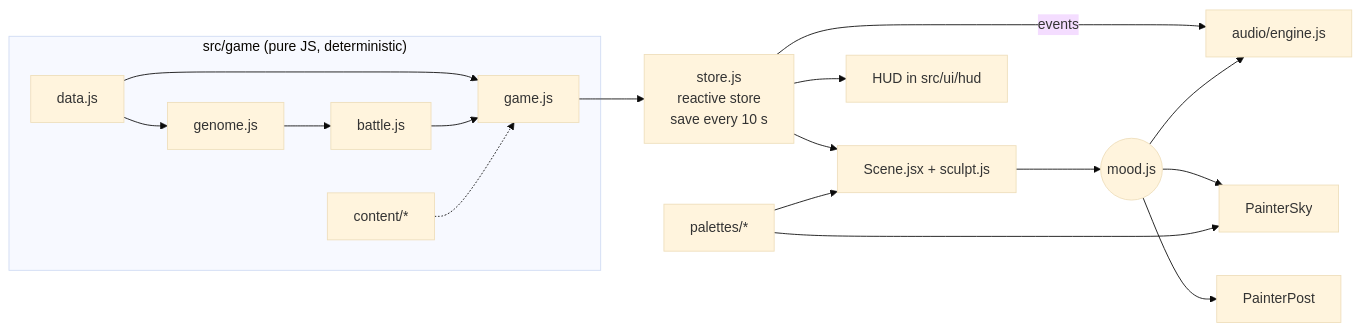
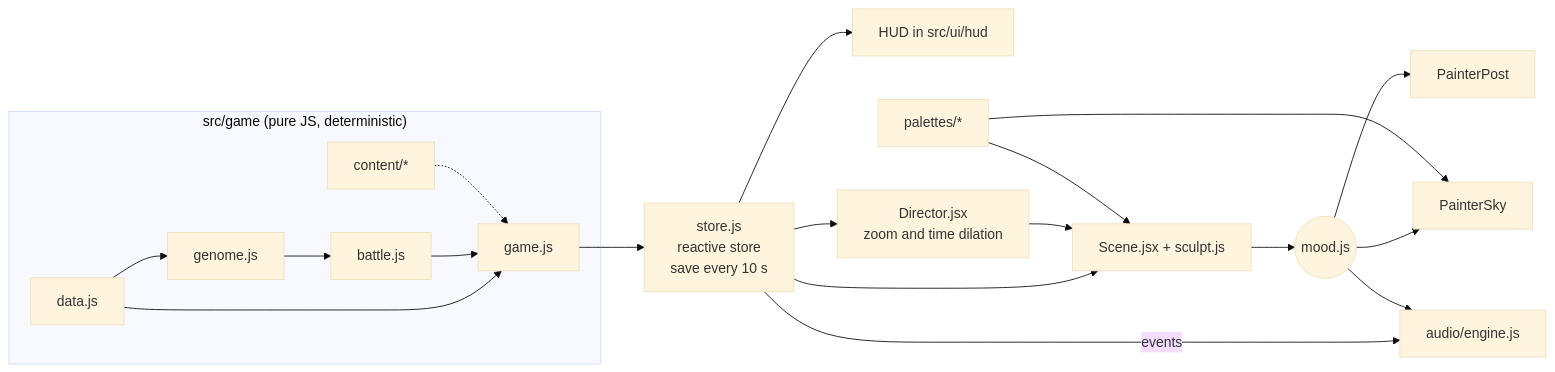
Before and after one commit to danmarc247/non-mind: the diagram in README.md, drawn with Mermaid (base theme). The commit also changed other lines of this file and 19 other files, not shown here.

````diff
--- a/README.md
+++ b/README.md
@@ -340,20 +395,22 @@
 ```mermaid
 flowchart LR
   subgraph game["src/game (pure JS, deterministic)"]
     data[data.js] --> genome[genome.js]
     genome --> battle[battle.js]
     data --> gamejs[game.js]
     battle --> gamejs
     content[content/*] -.-> gamejs
   end
   gamejs --> store[store.js\nreactive store\nsave every 10 s]
   store --> scene[Scene.jsx + sculpt.js]
   store --> hud[HUD in src/ui/hud]
   store -- events --> audio[audio/engine.js]
+  store --> director[Director.jsx\nzoom and time dilation]
+  director --> scene
   scene --> mood((mood.js))
   mood --> sky[PainterSky]
   mood --> post[PainterPost]
   mood --> audio
   pal[palettes/*] --> scene
   pal --> sky
 ```
````
